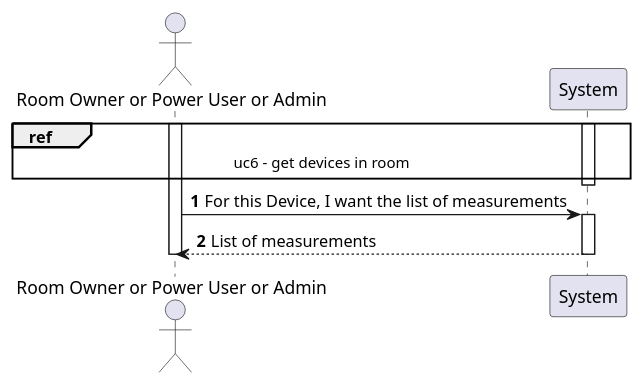
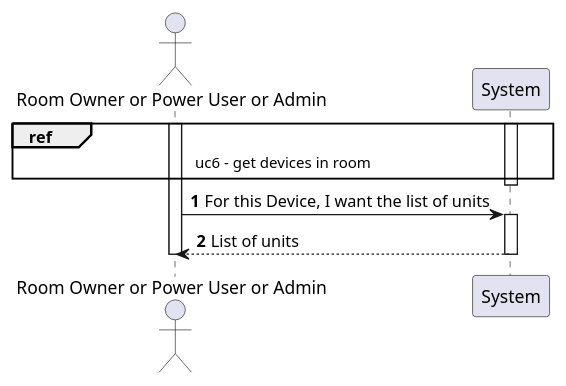
One commit to olivDiogo/SmartHome changed the diagram in docs/useCases/uc11_toGetLogFromDevice/artifacts/uc11_SSD.puml. Above: the diagram before and after it, drawn with PlantUML. The commit also changed 42 other files, not shown here.

```diff
--- a/docs/useCases/uc11_toGetLogFromDevice/artifacts/uc11_SSD.puml
+++ b/docs/useCases/uc11_toGetLogFromDevice/artifacts/uc11_SSD.puml
@@ -1,23 +1,23 @@
 @startuml
 !pragma layout smetana
 
 autonumber
 
 actor "Room Owner or Power User or Admin" as User
 participant System
 
 'User -> System: Give me the list of rooms
 'System --> User: List of Rooms
 'User -> System: Give me the list of devices in this room
 'System --> User: List of Devices
 activate User
 ref over User, System: uc6 - get devices in room
 activate System
 deactivate System
-User -> System: For this Device, I want the list of measurements
+User -> System: For this Device, I want the list of units
 activate System
-System --> User: List of measurements
+System --> User: List of units
 deactivate System
 deactivate User
 
 @enduml
```
